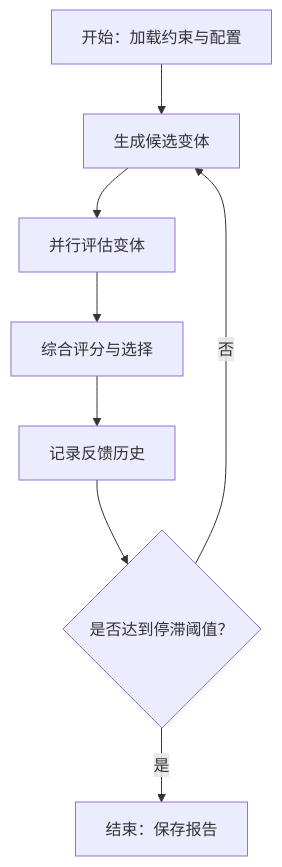
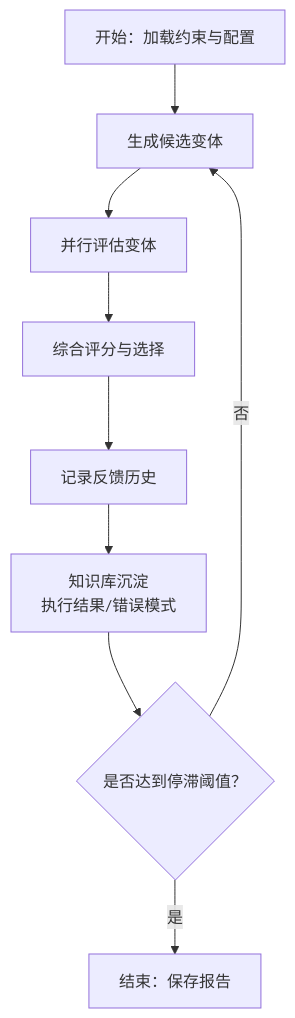
The fifth of 6 diagrams in .qoder/repowiki/zh/content/项目概述/系统架构总览.md (afcartevil/automated-test-script), drawn with Mermaid before and after one commit. The commit also changed other lines of this file and 650 other files, not shown here.

````diff
--- a/.qoder/repowiki/zh/content/项目概述/系统架构总览.md
+++ b/.qoder/repowiki/zh/content/项目概述/系统架构总览.md
@@ -268,10 +358,11 @@
 ```mermaid
 flowchart TD
 S["开始：加载约束与配置"] --> G["生成候选变体"]
 G --> E["并行评估变体"]
 E --> C["综合评分与选择"]
 C --> R["记录反馈历史"]
-R --> J{"是否达到停滞阈值？"}
+R --> KB["知识库沉淀<br/>执行结果/错误模式"]
+KB --> J{"是否达到停滞阈值？"}
 J --> |否| G
 J --> |是| END["结束：保存报告"]
 ```
````
